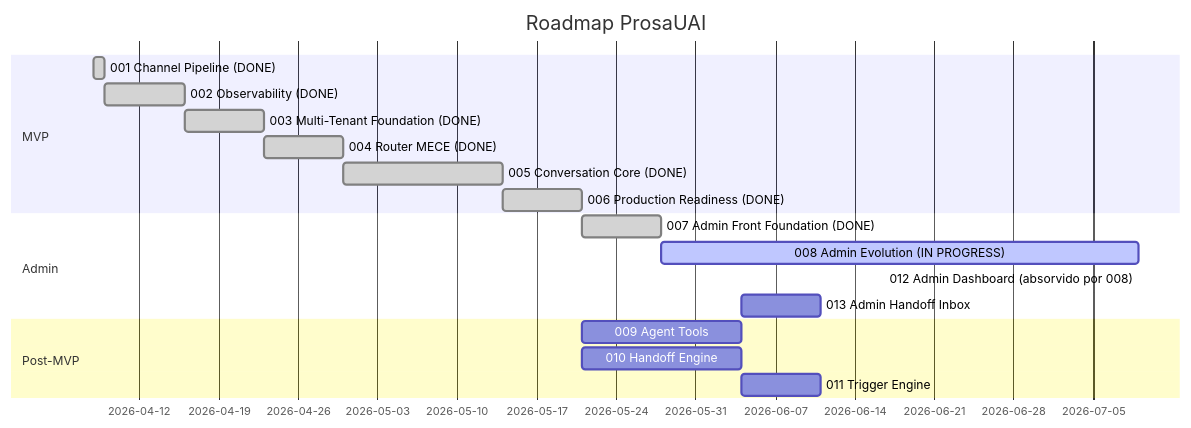
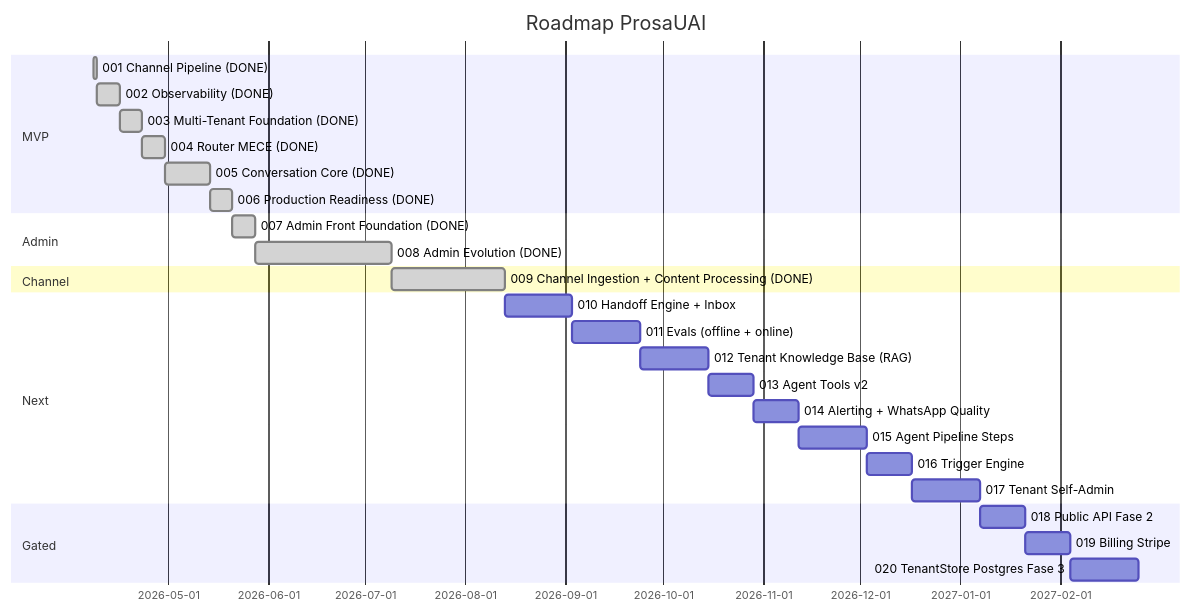
Before and after one commit to paceautomations/madruga.ai: the first of 2 diagrams in platforms/prosauai/planning/roadmap.md, drawn with Mermaid. The commit also changed other lines of this file and 95 other files, not shown here.

````diff
--- a/platforms/prosauai/planning/roadmap.md
+++ b/platforms/prosauai/planning/roadmap.md
@@ -32,21 +33,30 @@
 ```mermaid
 gantt
     title Roadmap ProsaUAI
     dateFormat YYYY-MM-DD
     section MVP
     001 Channel Pipeline (DONE)   :done, a1, 2026-04-08, 1d
     002 Observability (DONE)       :done, a2, after a1, 1w
     003 Multi-Tenant Foundation (DONE) :done, a3, after a2, 1w
     004 Router MECE (DONE)         :done, a4, after a3, 1w
     005 Conversation Core (DONE)    :done, a5, after a4, 2w
     006 Production Readiness (DONE) :done, a6, after a5, 1w
     section Admin
     007 Admin Front Foundation (DONE) :done, a7, after a6, 1w
-    008 Admin Evolution (IN PROGRESS) :active, a8, after a7, 6w
-    012 Admin Dashboard (absorvido por 008) :a12, after a8, 0d
-    013 Admin Handoff Inbox :a13, after a10, 1w
-    section Post-MVP
-    009 Agent Tools         :a9, after a6, 2w
-    010 Handoff Engine      :a10, after a6, 2w
-    011 Trigger Engine      :a11, after a10, 1w
+    008 Admin Evolution (DONE)     :done, a8, after a7, 6w
+    section Channel
+    009 Channel Ingestion + Content Processing (DONE) :done, a9, after a8, 5w
+    section Next
+    010 Handoff Engine + Inbox :a10, after a9, 3w
+    011 Evals (offline + online) :a11, after a10, 3w
+    012 Tenant Knowledge Base (RAG) :a12, after a11, 3w
+    013 Agent Tools v2 :a13, after a12, 2w
+    014 Alerting + WhatsApp Quality :a14, after a13, 2w
+    015 Agent Pipeline Steps :a15, after a14, 3w
+    016 Trigger Engine :a16, after a15, 2w
+    017 Tenant Self-Admin :a17, after a16, 3w
+    section Gated
+    018 Public API Fase 2 :a18, after a17, 2w
+    019 Billing Stripe :a19, after a18, 2w
+    020 TenantStore Postgres Fase 3 :a20, after a19, 3w
 ```
````
